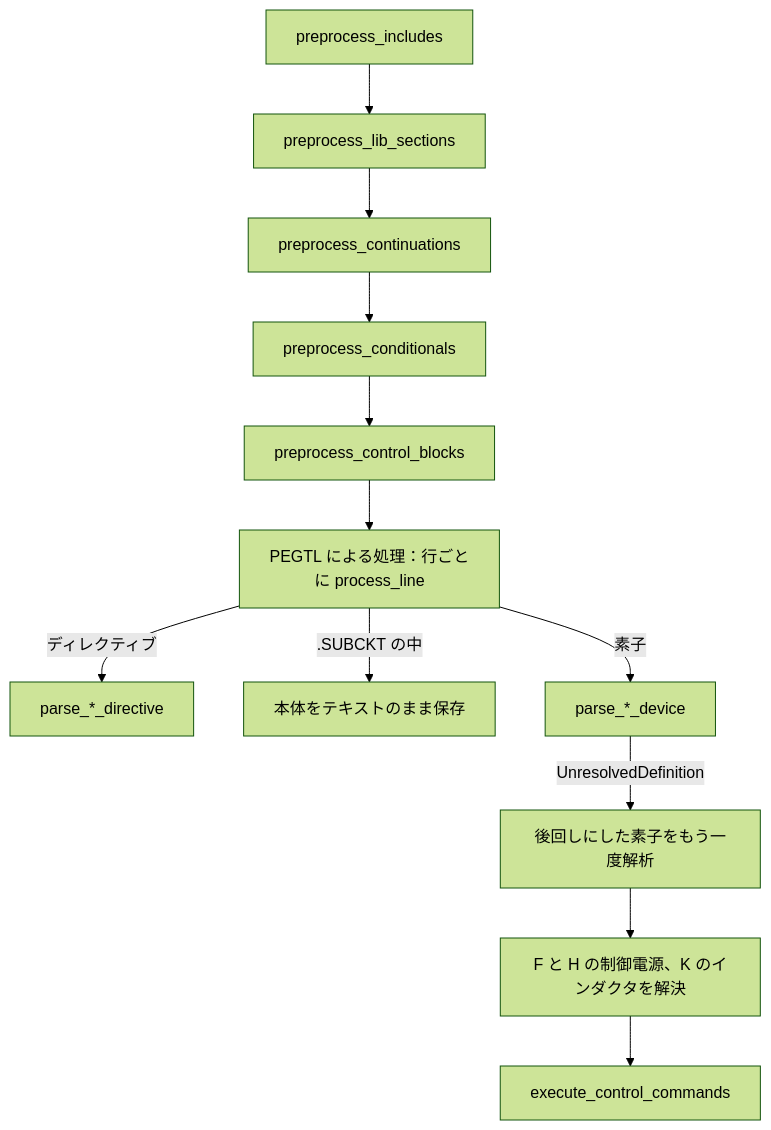
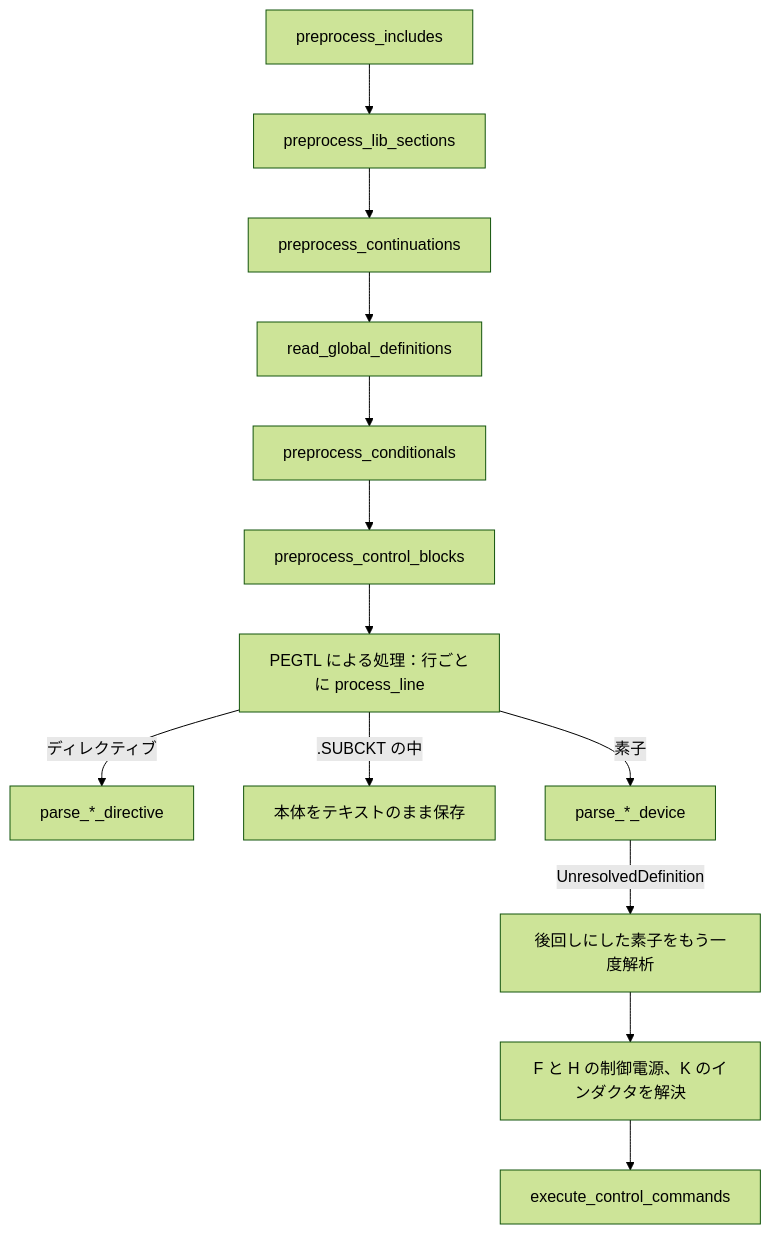
Before and after one commit to kurochan001/kirimaspice: the second of 5 diagrams in docs/ARCHITECTURE.ja.md, drawn with Mermaid (forest theme). The commit also changed other lines of this file and 11 other files, not shown here.

````diff
--- a/docs/ARCHITECTURE.ja.md
+++ b/docs/ARCHITECTURE.ja.md
@@ -115,12 +116,12 @@
 ```mermaid
 flowchart TD
   A[preprocess_includes] --> B[preprocess_lib_sections] --> C[preprocess_continuations]
-  C --> D[preprocess_conditionals] --> E[preprocess_control_blocks]
+  C --> P[read_global_definitions] --> D[preprocess_conditionals] --> E[preprocess_control_blocks]
   E --> G["PEGTL による処理：行ごとに process_line"]
   G -->|ディレクティブ| H["parse_*_directive"]
   G -->|".SUBCKT の中"| I["本体をテキストのまま保存"]
   G -->|素子| J["parse_*_device"]
   J -->|"UnresolvedDefinition"| K["後回しにした素子をもう一度解析"]
   K --> L["F と H の制御電源、K のインダクタを解決"]
   L --> N["execute_control_commands"]
 ```
````
